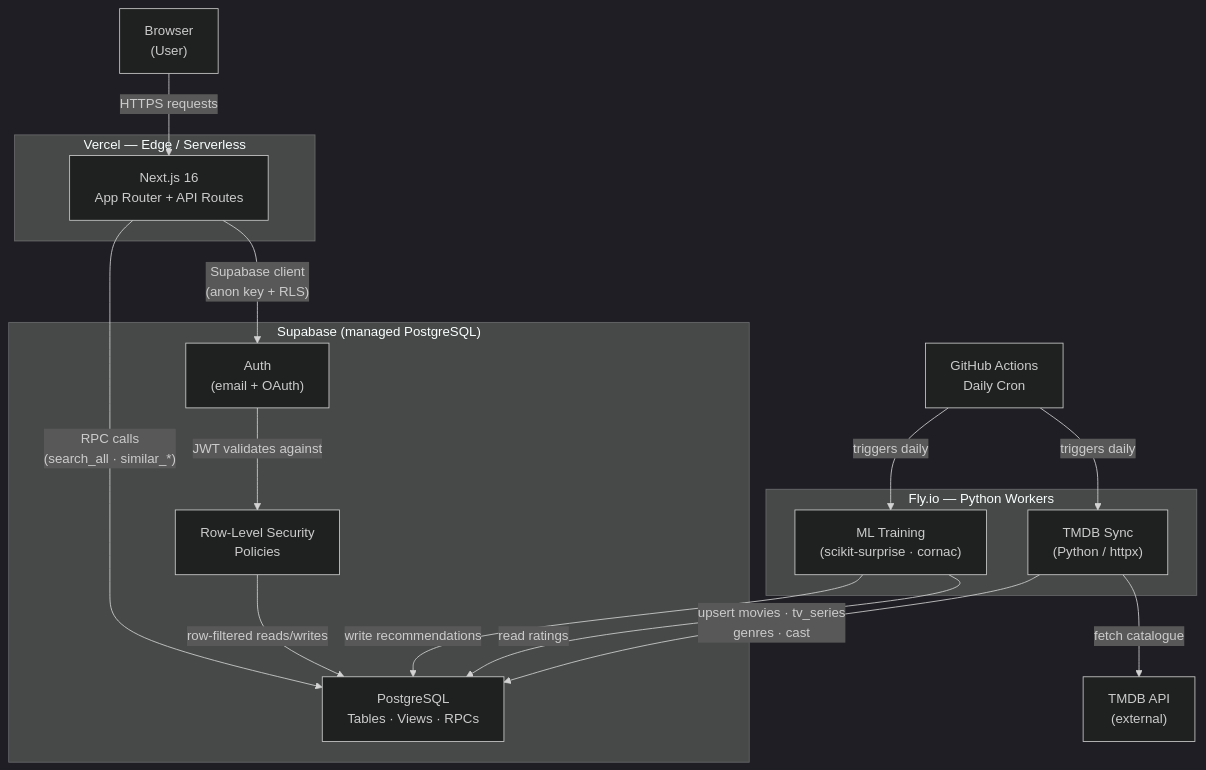
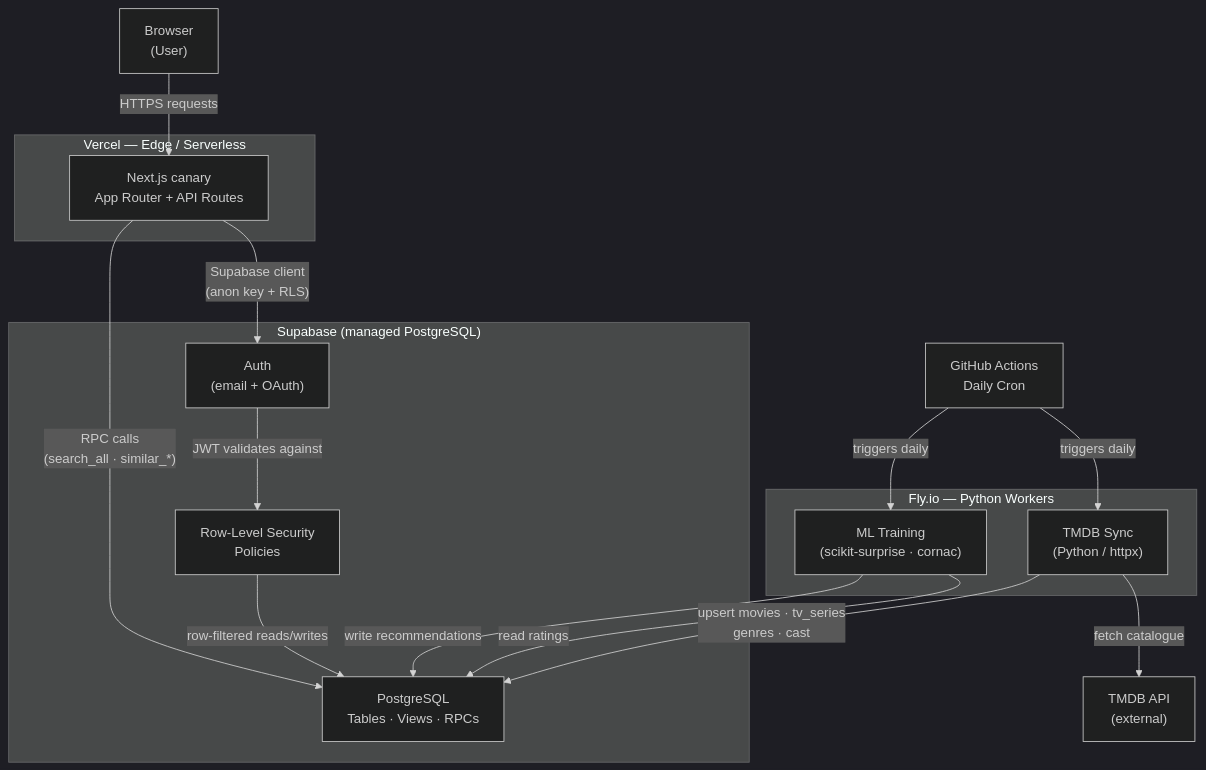
The diagram in khayal/README.md (pnsw123/Khayal), drawn with Mermaid (dark theme) before and after one commit. The commit also changed other lines of this file, not shown here.

First line of the commit message:
fix: README: fix inaccurate Next.js badge version (shows 16.2.9 — Next.js has no v16) (#259)

````diff
--- a/khayal/README.md
+++ b/khayal/README.md
@@ -88,36 +88,36 @@
 ```mermaid
 flowchart TD
     Browser["Browser\n(User)"]
 
     subgraph Vercel["Vercel — Edge / Serverless"]
-        Next["Next.js 16\nApp Router + API Routes"]
+        Next["Next.js canary\nApp Router + API Routes"]
     end
 
     subgraph Supabase["Supabase (managed PostgreSQL)"]
         Auth["Auth\n(email + OAuth)"]
         RLS["Row-Level Security\nPolicies"]
         DB["PostgreSQL\nTables · Views · RPCs"]
     end
 
     subgraph FlyIO["Fly.io — Python Workers"]
         Sync["TMDB Sync\n(Python / httpx)"]
         ML["ML Training\n(scikit-surprise · cornac)"]
     end
 
     TMDB["TMDB API\n(external)"]
 
     GHA["GitHub Actions\nDaily Cron"]
 
     Browser -->|"HTTPS requests"| Next
     Next -->|"Supabase client\n(anon key + RLS)"| Auth
     Next -->|"RPC calls\n(search_all · similar_*)"| DB
     Auth -->|"JWT validates against"| RLS
     RLS -->|"row-filtered reads/writes"| DB
 
     GHA -->|"triggers daily"| Sync
     GHA -->|"triggers daily"| ML
     Sync -->|"fetch catalogue"| TMDB
     Sync -->|"upsert movies · tv_series\ngenres · cast"| DB
     ML -->|"read ratings"| DB
     ML -->|"write recommendations"| DB
 ```
````
